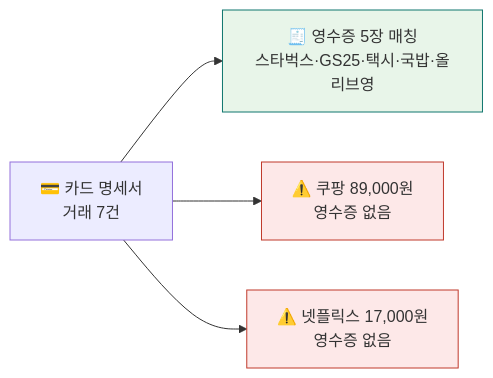
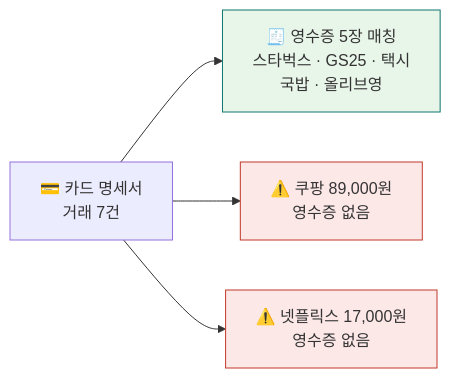
Before and after one commit to Yo-sure/deepagents-handson: the first of 2 diagrams in books/md/Chapter 0. 환경 셋업.md, drawn with Mermaid. The commit also changed other lines of this file and 7 other files, not shown here.

````diff
--- a/books/md/Chapter 0. 환경 셋업.md
+++ b/books/md/Chapter 0. 환경 셋업.md
@@ -256,10 +271,10 @@
 ```mermaid
 flowchart LR
     CARD["💳 카드 명세서<br/>거래 7건"]
-    CARD --> M["🧾 영수증 5장 매칭<br/>스타벅스·GS25·택시·국밥·올리브영"]
+    CARD --> M["🧾 영수증 5장 매칭<br/>스타벅스 · GS25 · 택시<br/>국밥 · 올리브영"]
     CARD --> X1["⚠️ 쿠팡 89,000원<br/>영수증 없음"]
     CARD --> X2["⚠️ 넷플릭스 17,000원<br/>영수증 없음"]
     style M fill:#e8f5e9,stroke:#0f766e
     style X1 fill:#fde8e8,stroke:#c0392b
     style X2 fill:#fde8e8,stroke:#c0392b
 ```
````
